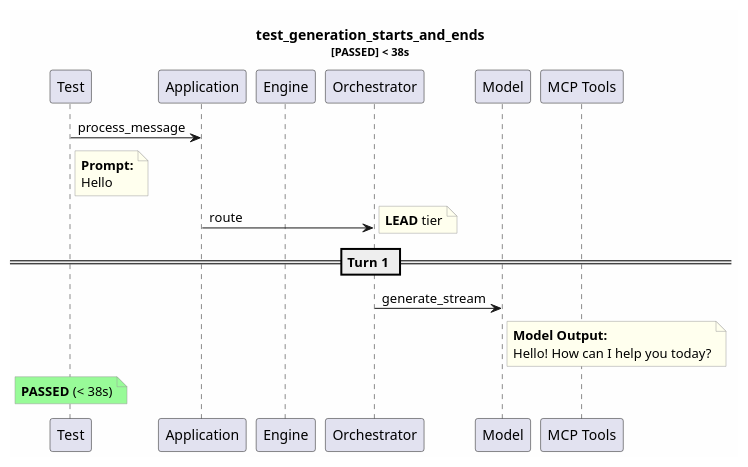
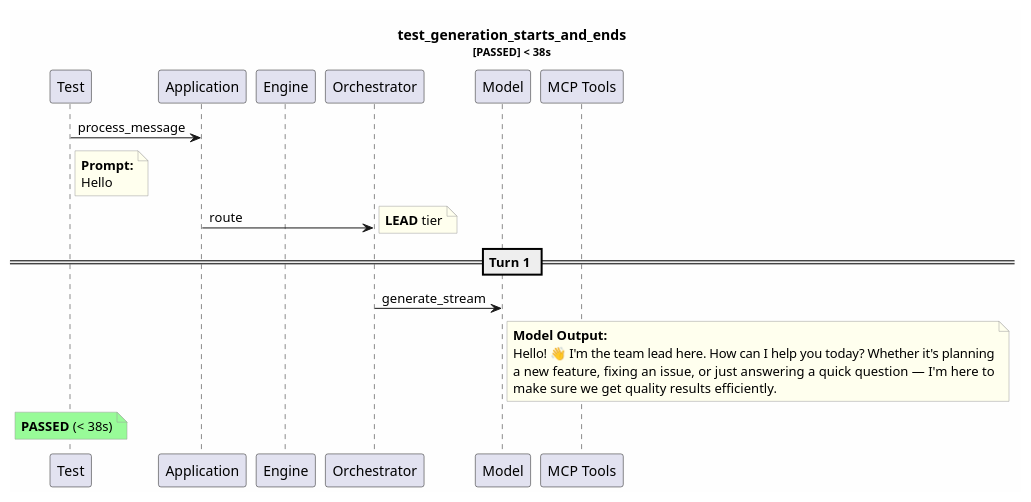
Before and after one commit to tvanfossen/entropic: the diagram in test-reports/logs/test_generation_starts_and_ends/test_generation_starts_and_ends.puml, drawn with PlantUML. The commit also changed 13 other files, not shown here.

```diff
--- a/test-reports/logs/test_generation_starts_and_ends/test_generation_starts_and_ends.puml
+++ b/test-reports/logs/test_generation_starts_and_ends/test_generation_starts_and_ends.puml
@@ -1,31 +1,33 @@
 @startuml
 skinparam backgroundColor #FEFEFE
 skinparam noteBorderColor #999999
 skinparam noteBackgroundColor #FFFFEE
 title test_generation_starts_and_ends\n<size:11>[PASSED] < 38s</size>
 
 participant "Test" as T
 participant "Application" as App
 participant "Engine" as Eng
 participant "Orchestrator" as Orch
 participant "Model" as Mdl
 participant "MCP Tools" as MCP
 
 T -> App: process_message
 note right of T
   **Prompt:**
   Hello
 end note
 App -> Orch: route
 note right: **LEAD** tier
 == Turn 1 ==
 Orch -> Mdl: generate_stream
 note right of Mdl
   **Model Output:**
-  Hello! How can I help you today?
+  Hello! 👋 I'm the team lead here. How can I help you today? Whether it's planning
+  a new feature, fixing an issue, or just answering a quick question — I'm here to
+  make sure we get quality results efficiently.
 end note
 note over T #palegreen
   **PASSED** (< 38s)
 end note
 
 @enduml
```
